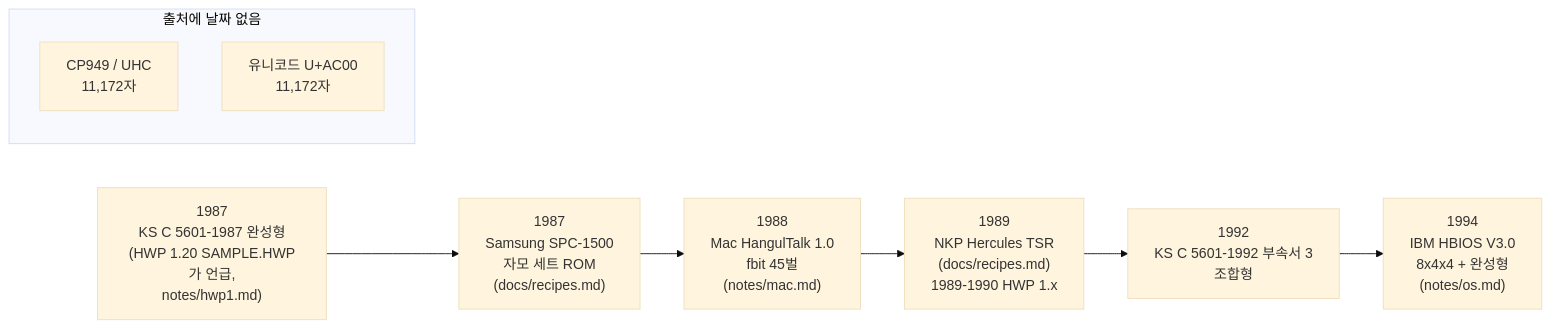
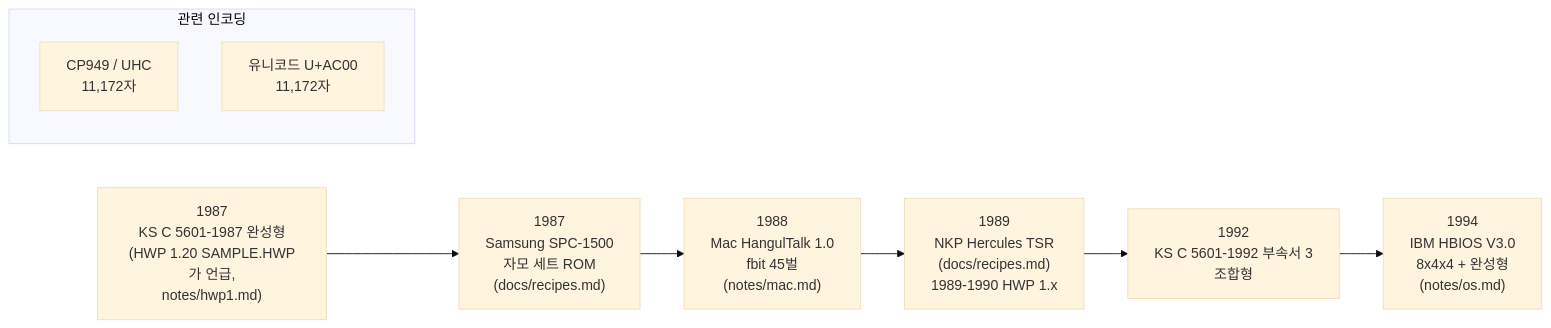
One commit to TaehyunKimLL/svf-fonts-open changed the sixth of 27 diagrams in docs/jamo-sets.ko.md. Above: the diagram before and after it, drawn with Mermaid (base theme). The commit also changed other lines of this file and 3 other files, not shown here.

````diff
--- a/docs/jamo-sets.ko.md
+++ b/docs/jamo-sets.ko.md
@@ -208,14 +214,14 @@
 ```mermaid
 flowchart LR
   A["1987<br/>KS C 5601-1987 완성형<br/>(HWP 1.20 SAMPLE.HWP가 언급,<br/>notes/hwp1.md)"]
   B["1987<br/>Samsung SPC-1500<br/>자모 세트 ROM<br/>(docs/recipes.md)"]
   C["1988<br/>Mac HangulTalk 1.0<br/>fbit 45벌<br/>(notes/mac.md)"]
   D["1989<br/>NKP Hercules TSR<br/>(docs/recipes.md)<br/>1989-1990 HWP 1.x"]
   E["1992<br/>KS C 5601-1992 부속서 3<br/>조합형"]
   F["1994<br/>IBM HBIOS V3.0<br/>8x4x4 + 완성형<br/>(notes/os.md)"]
   A --> B --> C --> D --> E --> F
-  subgraph N["출처에 날짜 없음"]
+  subgraph N["관련 인코딩"]
     G["CP949 / UHC<br/>11,172자"]
     H["유니코드 U+AC00<br/>11,172자"]
   end
 ```
````
